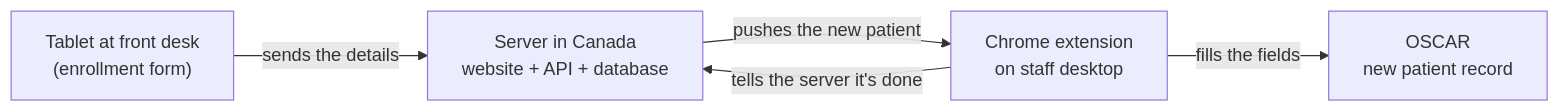
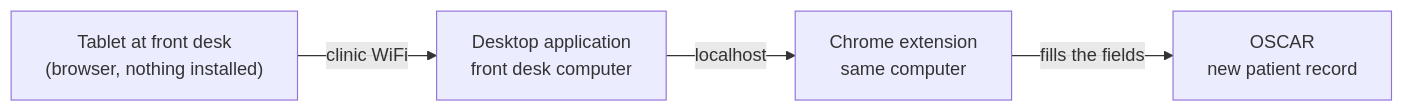
The first of 3 diagrams in design.md (Vishnu373/asmart-autofill), drawn with Mermaid before and after one commit. The commit also changed other lines of this file and 33 other files, not shown here.

Commit message:
redesigned architecture, initial setup - depedencies, project folder and files

````diff
--- a/design.md
+++ b/design.md
@@ -126,12 +128,11 @@
 ```mermaid
 flowchart LR
-    T["Tablet at front desk<br/>(enrollment form)"]
-    S["Server in Canada<br/>website + API + database"]
-    E["Chrome extension<br/>on staff desktop"]
+    T["Tablet at front desk<br/>(browser, nothing installed)"]
+    A["Desktop application<br/>front desk computer"]
+    E["Chrome extension<br/>same computer"]
     O["OSCAR<br/>new patient record"]
 
-    T -->|"sends the details"| S
-    S -->|"pushes the new patient"| E
+    T -->|"clinic WiFi"| A
+    A -->|"localhost"| E
     E -->|"fills the fields"| O
-    E -->|"tells the server it's done"| S
 ```
````
